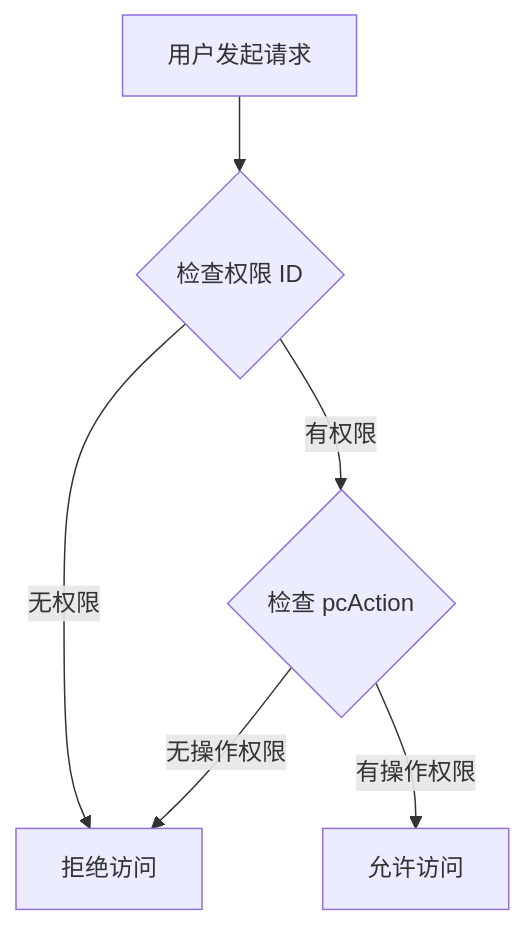
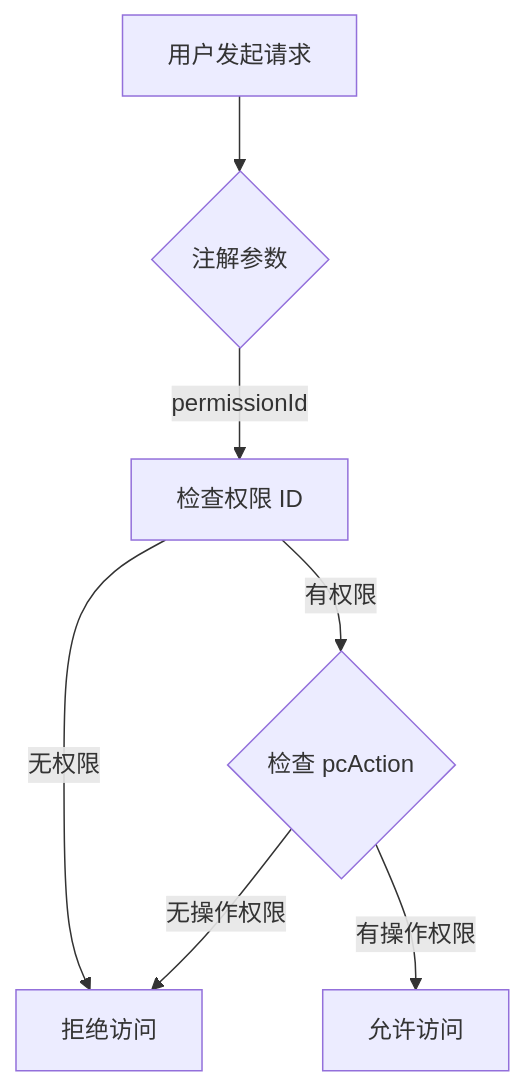
One commit to huyumo/moyan-mfw changed the fourth of 4 diagrams in docs/core/permissions.md. Above: the diagram before and after it, drawn with Mermaid. The commit also changed other lines of this file and 2 other files, not shown here.

````diff
--- a/docs/core/permissions.md
+++ b/docs/core/permissions.md
@@ -300,8 +360,9 @@
 ```mermaid
 flowchart TD
-    A[用户发起请求] --> B{检查权限 ID}
-    B -->|无权限 | C[拒绝访问]
-    B -->|有权限 | D{检查 pcAction}
-    D -->|无操作权限 | C
-    D -->|有操作权限 | E[允许访问]
+    A[用户发起请求] --> B{注解参数}
+    B -->|permissionId| C[检查权限 ID]
+    C -->|无权限 | D[拒绝访问]
+    C -->|有权限 | E{检查 pcAction}
+    E -->|无操作权限 | D
+    E -->|有操作权限 | F[允许访问]
 ```
````
